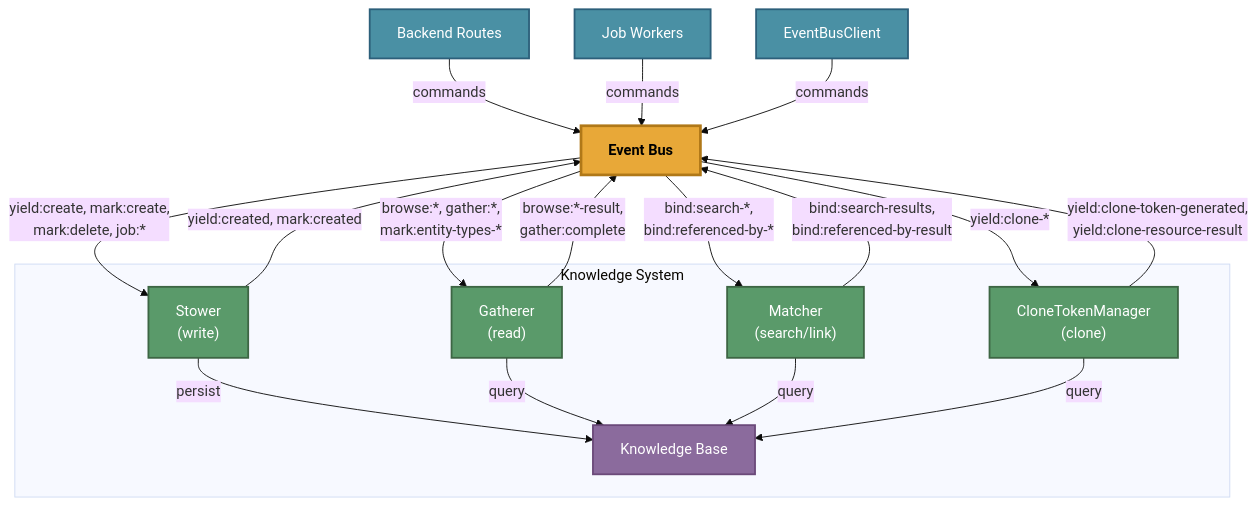
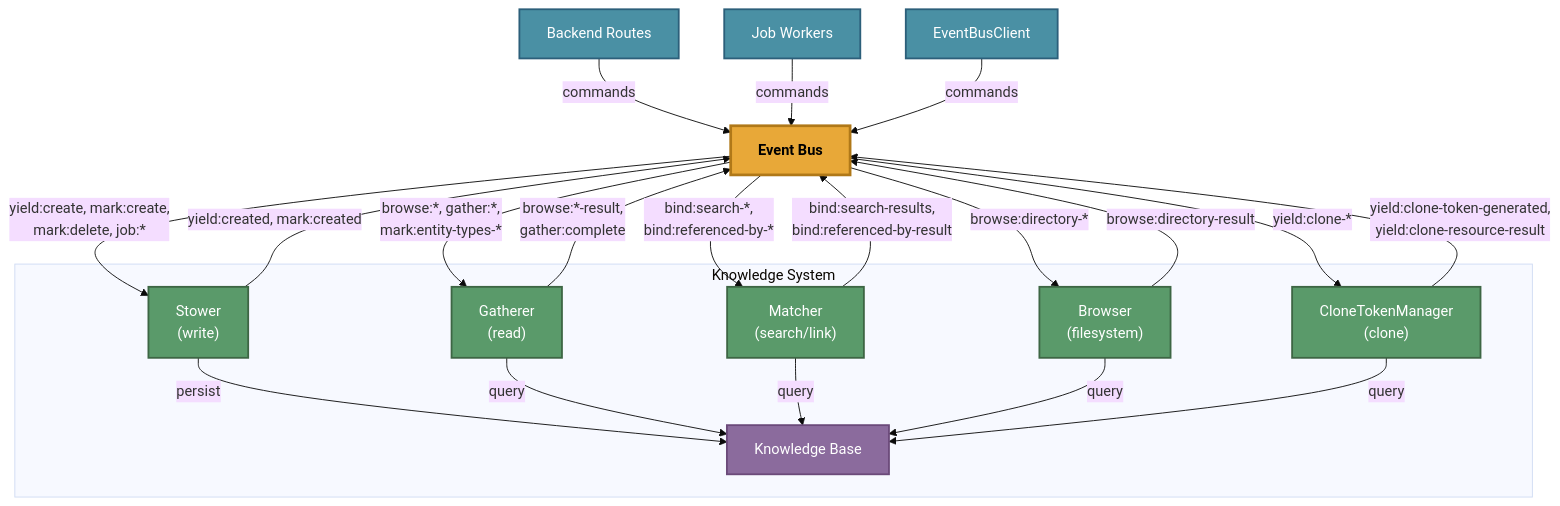
The diagram in packages/make-meaning/README.md (The-AI-Alliance/semiont), drawn with Mermaid (base theme) before and after one commit. The commit also changed other lines of this file, not shown here.

Commit message:
update docs with Browser actor

````diff
--- a/packages/make-meaning/README.md
+++ b/packages/make-meaning/README.md
@@ -111,38 +111,42 @@
 ```mermaid
 graph TB
     Routes["Backend Routes"] -->|commands| BUS["Event Bus"]
     Workers["Job Workers"] -->|commands| BUS
     EBC["EventBusClient"] -->|commands| BUS
 
     subgraph ks ["Knowledge System"]
         STOWER["Stower<br/>(write)"]
         GATHERER["Gatherer<br/>(read)"]
         MATCHER["Matcher<br/>(search/link)"]
+        BROWSER["Browser<br/>(filesystem)"]
         CTM["CloneTokenManager<br/>(clone)"]
         KB["Knowledge Base"]
         STOWER -->|persist| KB
         GATHERER -->|query| KB
         MATCHER -->|query| KB
+        BROWSER -->|query| KB
         CTM -->|query| KB
     end
 
     BUS -->|"yield:create, mark:create,<br/>mark:delete, job:*"| STOWER
     BUS -->|"browse:*, gather:*,<br/>mark:entity-types-*"| GATHERER
     BUS -->|"bind:search-*,<br/>bind:referenced-by-*"| MATCHER
+    BUS -->|"browse:directory-*"| BROWSER
     BUS -->|"yield:clone-*"| CTM
 
     STOWER -->|"yield:created, mark:created"| BUS
     GATHERER -->|"browse:*-result,<br/>gather:complete"| BUS
     MATCHER -->|"bind:search-results,<br/>bind:referenced-by-result"| BUS
+    BROWSER -->|"browse:directory-result"| BUS
     CTM -->|"yield:clone-token-generated,<br/>yield:clone-resource-result"| BUS
 
     classDef bus fill:#e8a838,stroke:#b07818,stroke-width:3px,color:#000,font-weight:bold
     classDef actor fill:#5a9a6a,stroke:#3d6644,stroke-width:2px,color:#fff
     classDef kb fill:#8b6b9d,stroke:#6b4a7a,stroke-width:2px,color:#fff
     classDef caller fill:#4a90a4,stroke:#2c5f7a,stroke-width:2px,color:#fff
 
     class BUS bus
-    class STOWER,GATHERER,MATCHER,CTM actor
+    class STOWER,GATHERER,MATCHER,BROWSER,CTM actor
     class KB kb
     class Routes,Workers,EBC caller
 ```
````
